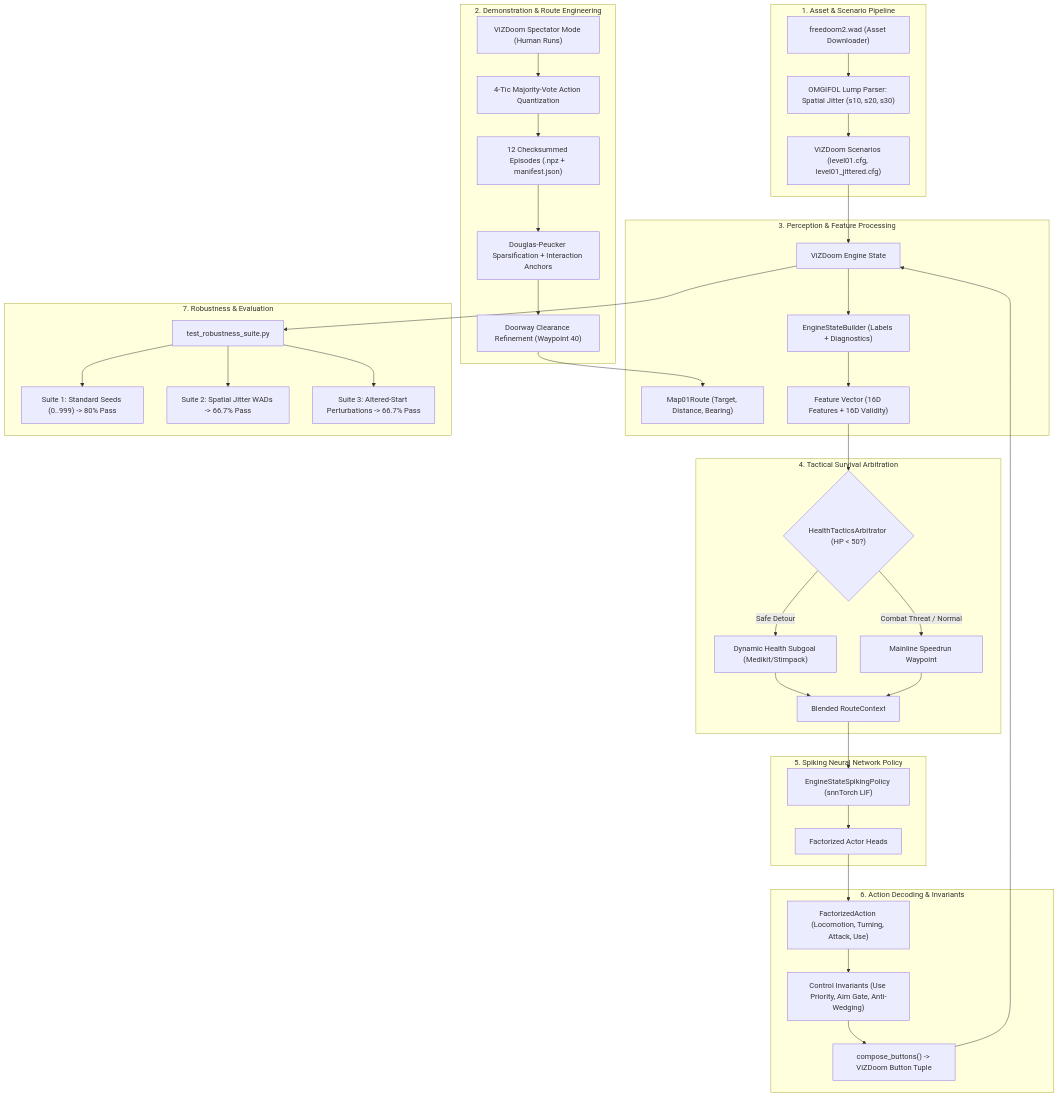
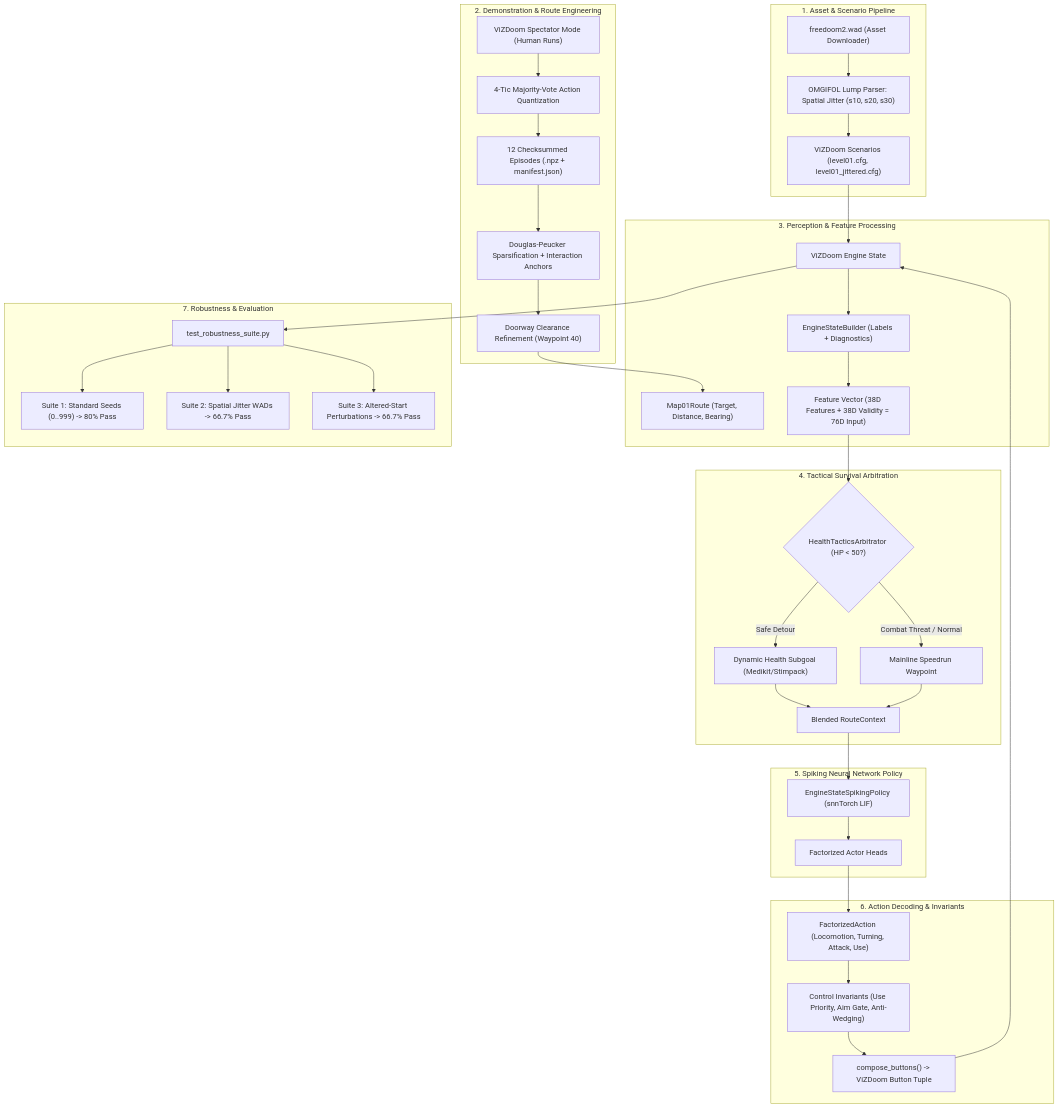
The first of 2 diagrams in README.md (Aravinda-04/DOOM-SNN-Project), drawn with Mermaid before and after one commit. The commit also changed other lines of this file, not shown here.

Commit message:
Document complete end-to-end engine dataflow and 76D input pipeline in README.md

````diff
--- a/README.md
+++ b/README.md
@@ -63,48 +63,48 @@
 ```mermaid
 flowchart TD
     subgraph S1["1. Asset & Scenario Pipeline"]
         WAD["freedoom2.wad (Asset Downloader)"] --> JIT["OMGIFOL Lump Parser: Spatial Jitter (s10, s20, s30)"]
         JIT --> CFG["ViZDoom Scenarios (level01.cfg, level01_jittered.cfg)"]
     end
 
     subgraph S2["2. Demonstration & Route Engineering"]
         SPEC["ViZDoom Spectator Mode (Human Runs)"] --> VOTE["4-Tic Majority-Vote Action Quantization"]
         VOTE --> DEMO["12 Checksummed Episodes (.npz + manifest.json)"]
         DEMO --> DP["Douglas-Peucker Sparsification + Interaction Anchors"]
         DP --> CLEAR["Doorway Clearance Refinement (Waypoint 40)"]
     end
 
     subgraph S3["3. Perception & Feature Processing"]
         CFG --> ENV["ViZDoom Engine State"]
         CLEAR --> ROUTE["Map01Route (Target, Distance, Bearing)"]
         ENV --> PERC["EngineStateBuilder (Labels + Diagnostics)"]
-        PERC --> OBS["Feature Vector (16D Features + 16D Validity)"]
+        PERC --> OBS["Feature Vector (38D Features + 38D Validity = 76D Input)"]
     end
 
     subgraph S4["4. Tactical Survival Arbitration"]
         OBS --> ARB{"HealthTacticsArbitrator (HP < 50?)"}
         ARB -- Safe Detour --> SUB["Dynamic Health Subgoal (Medikit/Stimpack)"]
         ARB -- Combat Threat / Normal --> MAIN["Mainline Speedrun Waypoint"]
         SUB --> CTX["Blended RouteContext"]
         MAIN --> CTX
     end
 
     subgraph S5["5. Spiking Neural Network Policy"]
         CTX --> BRAIN["EngineStateSpikingPolicy (snnTorch LIF)"]
         BRAIN --> HEADS["Factorized Actor Heads"]
     end
 
     subgraph S6["6. Action Decoding & Invariants"]
         HEADS --> DEC["FactorizedAction (Locomotion, Turning, Attack, Use)"]
         DEC --> INV["Control Invariants (Use Priority, Aim Gate, Anti-Wedging)"]
         INV --> BTN["compose_buttons() -> ViZDoom Button Tuple"]
         BTN --> ENV
     end
 
     subgraph S7["7. Robustness & Evaluation"]
         ENV --> SUITE["test_robustness_suite.py"]
         SUITE --> R1["Suite 1: Standard Seeds (0..999) -> 80% Pass"]
         SUITE --> R2["Suite 2: Spatial Jitter WADs -> 66.7% Pass"]
         SUITE --> R3["Suite 3: Altered-Start Perturbations -> 66.7% Pass"]
     end
 ```
````
